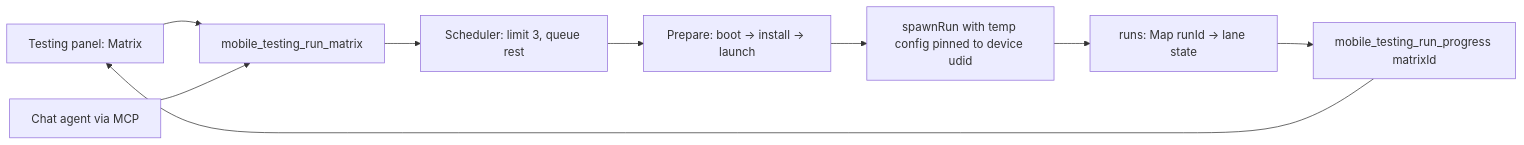
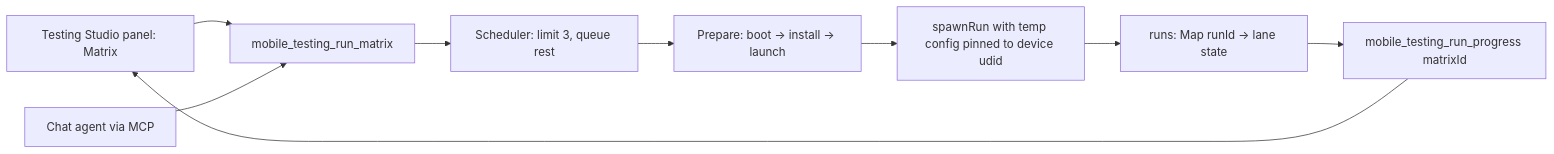
The diagram in docs/test-matrix.md (callstackincubator/codex-mobile-dev-plugin), drawn with Mermaid before and after one commit. The commit also changed other lines of this file and 43 other files, not shown here.

Commit message:
feat: rename to testing studio

````diff
--- a/docs/test-matrix.md
+++ b/docs/test-matrix.md
@@ -38,11 +38,11 @@
 ```mermaid
 flowchart LR
-  UI[Testing panel: Matrix] --> T[mobile_testing_run_matrix]
+  UI[Testing Studio panel: Matrix] --> T[mobile_testing_run_matrix]
   Chat[Chat agent via MCP] --> T
   T --> Q[Scheduler: limit 3, queue rest]
   Q --> P1[Prepare: boot → install → launch]
   P1 --> R1[spawnRun with temp config pinned to device udid]
   R1 --> S[runs: Map runId → lane state]
   S --> PR[mobile_testing_run_progress matrixId]
   PR --> UI
 ```
````
